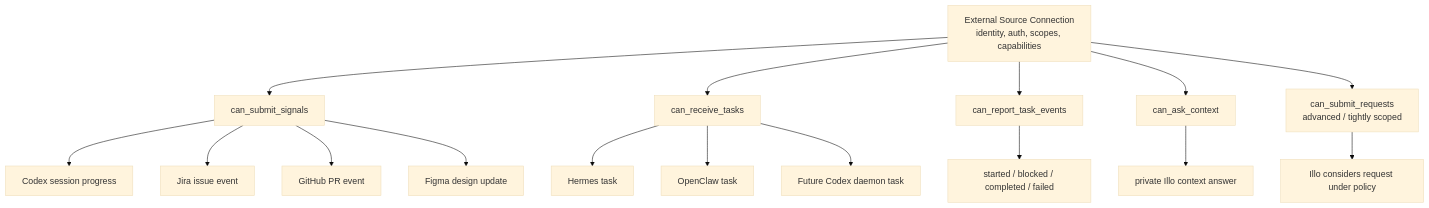
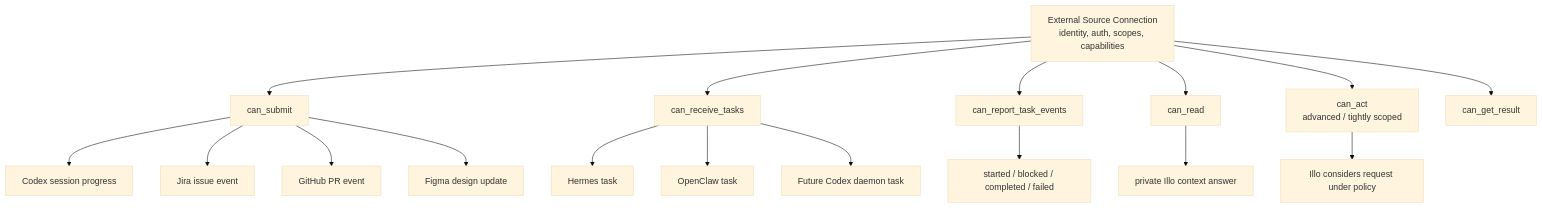
Before and after one commit to Illospace/illospace: the second of 7 diagrams in docs/prd-inbound-coordination-layer.md, drawn with Mermaid (base theme). The commit also changed other lines of this file and 15 other files, not shown here.

````diff
--- a/docs/prd-inbound-coordination-layer.md
+++ b/docs/prd-inbound-coordination-layer.md
@@ -714,23 +742,24 @@
 ```mermaid
 flowchart TD
     Conn["External Source Connection<br/>identity, auth, scopes, capabilities"]
 
-    Conn --> Signals["can_submit_signals"]
+    Conn --> Signals["can_submit"]
     Conn --> Tasks["can_receive_tasks"]
     Conn --> TaskEvents["can_report_task_events"]
-    Conn --> Context["can_ask_context"]
-    Conn --> Requests["can_submit_requests<br/>advanced / tightly scoped"]
+    Conn --> Context["can_read"]
+    Conn --> Requests["can_act<br/>advanced / tightly scoped"]
+    Conn --> Results["can_get_result"]
 
     Signals --> S1["Codex session progress"]
     Signals --> S2["Jira issue event"]
     Signals --> S3["GitHub PR event"]
     Signals --> S4["Figma design update"]
 
     Tasks --> T1["Hermes task"]
     Tasks --> T2["OpenClaw task"]
     Tasks --> T3["Future Codex daemon task"]
 
     TaskEvents --> R1["started / blocked / completed / failed"]
     Context --> C1["private Illo context answer"]
     Requests --> E1["Illo considers request under policy"]
 ```
````
